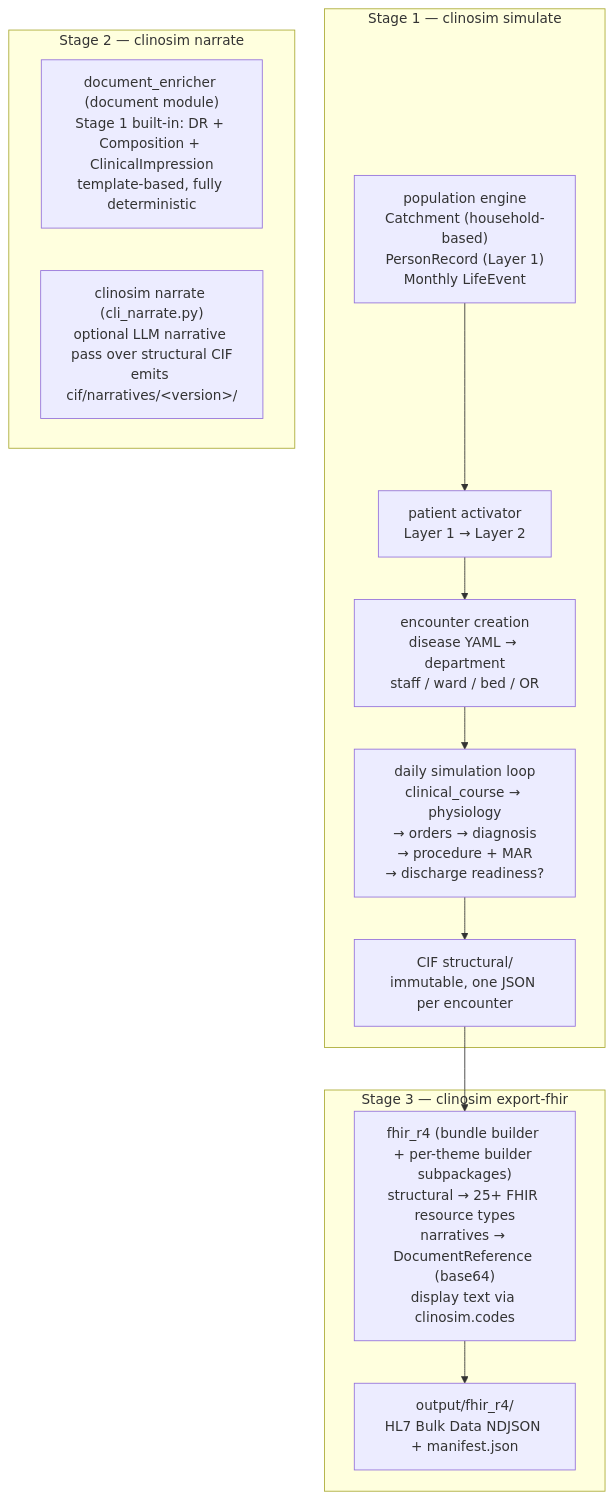
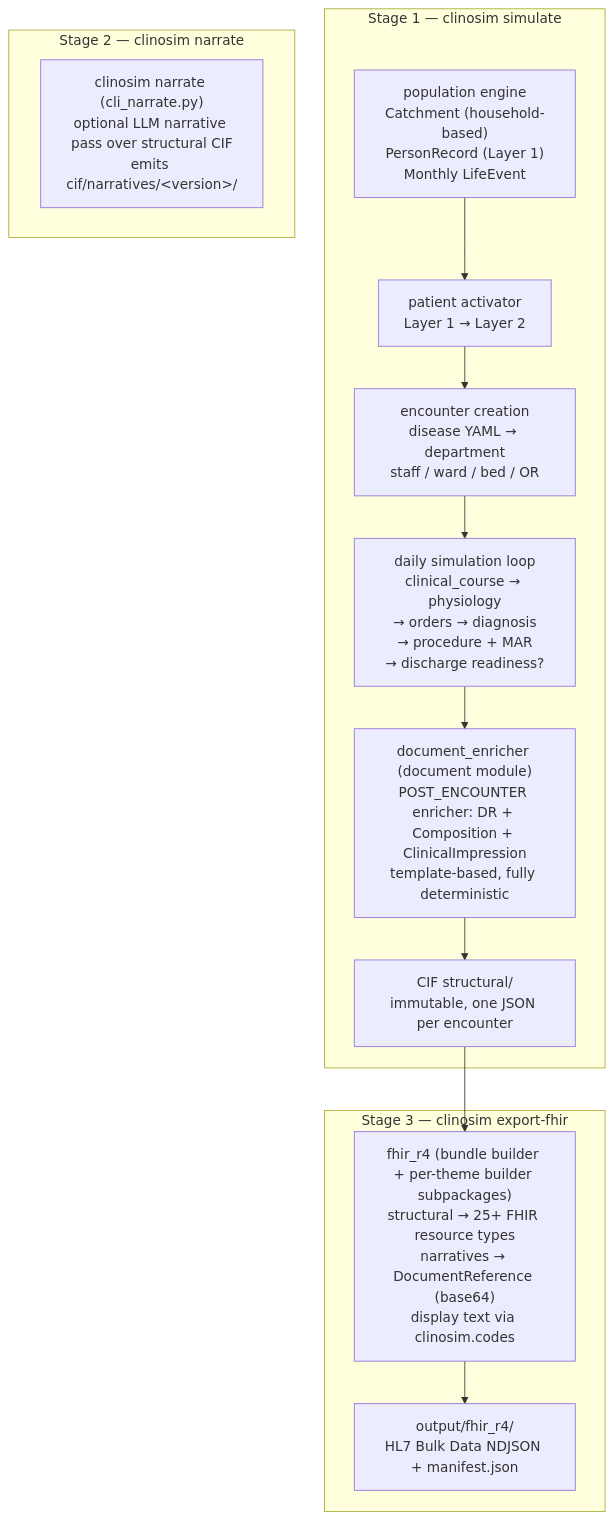
Before and after one commit to TomoOkuyama/clinosim: the diagram in docs/architecture/data-flow.md, drawn with Mermaid. The commit also changed 19 other files, not shown here.

First line of the commit message:
docs(architecture): fix drift in architecture docs and by-design registry

````diff
--- a/docs/architecture/data-flow.md
+++ b/docs/architecture/data-flow.md
@@ -7,24 +7,24 @@
 ```mermaid
 flowchart TD
     subgraph stage1["Stage 1 — clinosim simulate"]
         pop["population engine<br/>Catchment (household-based)<br/>PersonRecord (Layer 1)<br/>Monthly LifeEvent"]
         act["patient activator<br/>Layer 1 → Layer 2"]
         enc["encounter creation<br/>disease YAML → department<br/>staff / ward / bed / OR"]
         loop["daily simulation loop<br/>clinical_course → physiology<br/>→ orders → diagnosis<br/>→ procedure + MAR<br/>→ discharge readiness?"]
+        gen2["document_enricher (document module)<br/>POST_ENCOUNTER enricher: DR + Composition + ClinicalImpression<br/>template-based, fully deterministic"]
         cif_s["CIF structural/<br/>immutable, one JSON per encounter"]
-        pop --> act --> enc --> loop --> cif_s
+        pop --> act --> enc --> loop --> gen2 --> cif_s
     end
 
     subgraph stage2["Stage 2 — clinosim narrate"]
-        gen2["document_enricher (document module)<br/>Stage 1 built-in: DR + Composition + ClinicalImpression<br/>template-based, fully deterministic"]
         llm2["clinosim narrate (cli_narrate.py)<br/>optional LLM narrative pass over structural CIF<br/>emits cif/narratives/&lt;version&gt;/"]
     end
 
     subgraph stage3["Stage 3 — clinosim export-fhir"]
         adapter["fhir_r4 (bundle builder + per-theme builder subpackages)<br/>structural → 25+ FHIR resource types<br/>narratives → DocumentReference (base64)<br/>display text via clinosim.codes"]
         fhir["output/fhir_r4/<br/>HL7 Bulk Data NDJSON + manifest.json"]
         adapter --> fhir
     end
 
     cif_s --> adapter
 ```
````
